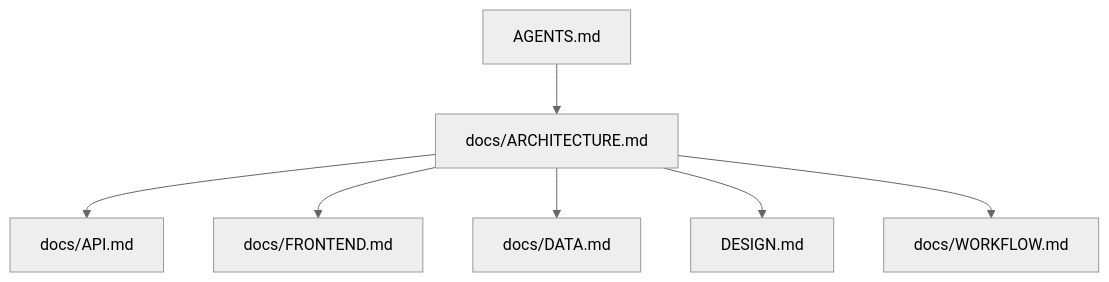
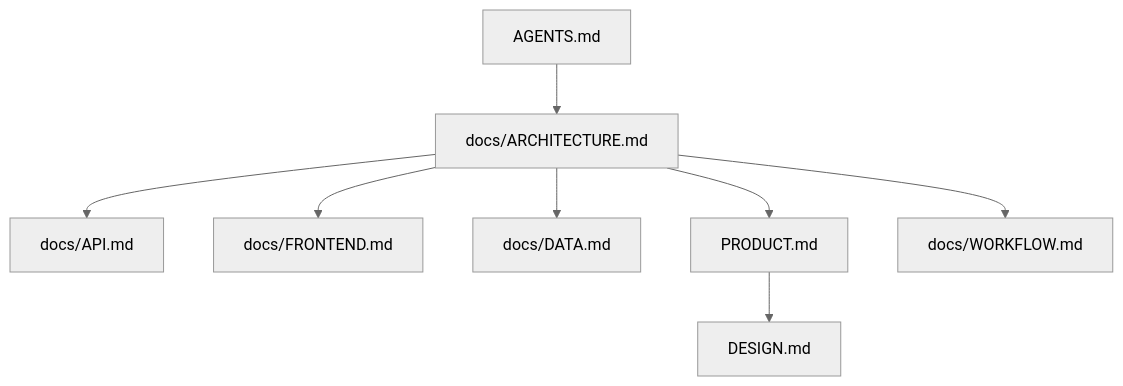
Before and after one commit to neavo/LinguaGacha: the third of 3 diagrams in docs/ARCHITECTURE.md, drawn with Mermaid (neutral theme). The commit also changed other lines of this file and 43 other files, not shown here.

````diff
--- a/docs/ARCHITECTURE.md
+++ b/docs/ARCHITECTURE.md
@@ -74,9 +74,10 @@
 ```mermaid
 flowchart TD
     A["AGENTS.md"] --> B["docs/ARCHITECTURE.md"]
     B --> C["docs/API.md"]
     B --> D["docs/FRONTEND.md"]
     B --> E["docs/DATA.md"]
-    B --> F["DESIGN.md"]
-    B --> G["docs/WORKFLOW.md"]
+    B --> F["PRODUCT.md"]
+    F --> G["DESIGN.md"]
+    B --> H["docs/WORKFLOW.md"]
 ```
````
